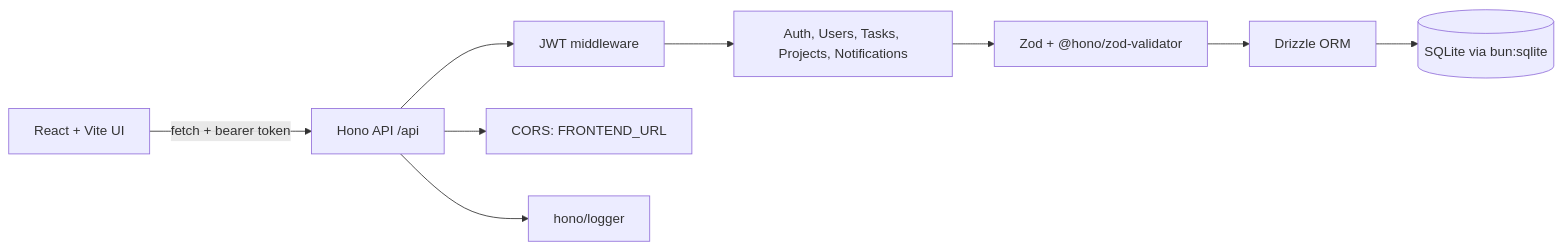
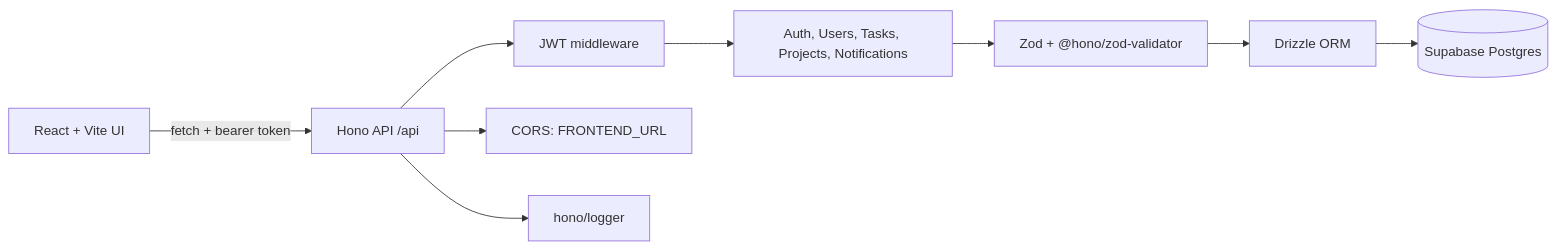
The diagram in README.md (pankaj-raikar/taskflow), drawn with Mermaid before and after one commit. The commit also changed other lines of this file and 21 other files, not shown here.

Commit message:
Migrate backend database to Supabase Postgres

````diff
--- a/README.md
+++ b/README.md
@@ -29,12 +29,12 @@
 ```mermaid
 flowchart LR
   Browser["React + Vite UI"] -->|fetch + bearer token| API["Hono API /api"]
   API --> Auth["JWT middleware"]
   Auth --> Routes["Auth, Users, Tasks, Projects, Notifications"]
   Routes --> Validators["Zod + @hono/zod-validator"]
   Validators --> ORM["Drizzle ORM"]
-  ORM --> SQLite[("SQLite via bun:sqlite")]
+  ORM --> Supabase[("Supabase Postgres")]
 
   API --> CORS["CORS: FRONTEND_URL"]
   API --> Logger["hono/logger"]
 ```
````
